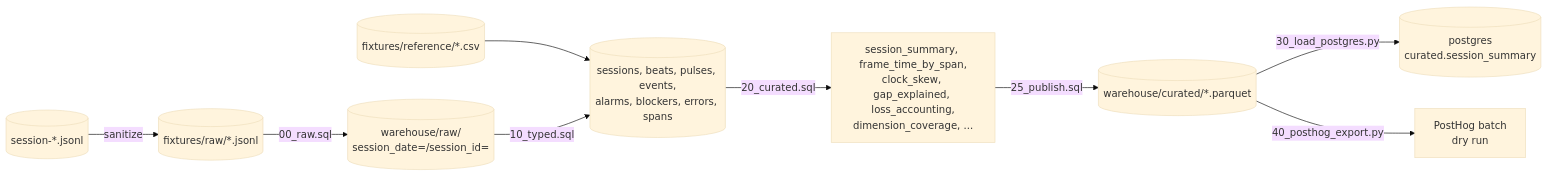
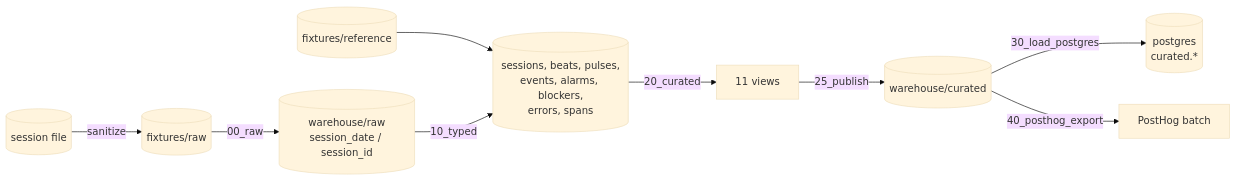
One commit to MrBisonte/flightdeck changed the fourth of 4 diagrams in docs/architecture.md. Above: the diagram before and after it, drawn with Mermaid (base theme). The commit also changed other lines of this file and 7 other files, not shown here.

````diff
--- a/docs/architecture.md
+++ b/docs/architecture.md
@@ -228,11 +269,11 @@
 ```mermaid
 flowchart LR
-  jsonl[("session-*.jsonl")] -->|sanitize| fix[("fixtures/raw/*.jsonl")]
-  fix -->|"00_raw.sql"| rawp[("warehouse/raw/<br/>session_date=/session_id=")]
-  refs[("fixtures/reference/*.csv")] --> typed
-  rawp -->|"10_typed.sql"| typed[("sessions, beats, pulses, events,<br/>alarms, blockers, errors, spans")]
-  typed -->|"20_curated.sql"| curated["session_summary, frame_time_by_span,<br/>clock_skew, gap_explained, loss_accounting,<br/>dimension_coverage, ..."]
-  curated -->|"25_publish.sql"| cparq[("warehouse/curated/*.parquet")]
-  cparq -->|"30_load_postgres.py"| pg[("postgres<br/>curated.session_summary")]
-  cparq -->|"40_posthog_export.py"| ph["PostHog batch<br/>dry run"]
+  jsonl[("session file")] -->|sanitize| fix[("fixtures/raw")]
+  fix -->|00_raw| rawp[("warehouse/raw<br/>session_date / session_id")]
+  ref[("fixtures/reference")] --> typed
+  rawp -->|10_typed| typed[("sessions, beats, pulses,<br/>events, alarms, blockers,<br/>errors, spans")]
+  typed -->|20_curated| cur["11 views"]
+  cur -->|25_publish| cparq[("warehouse/curated")]
+  cparq -->|30_load_postgres| pg[("postgres<br/>curated.*")]
+  cparq -->|40_posthog_export| ph["PostHog batch"]
 ```
````
